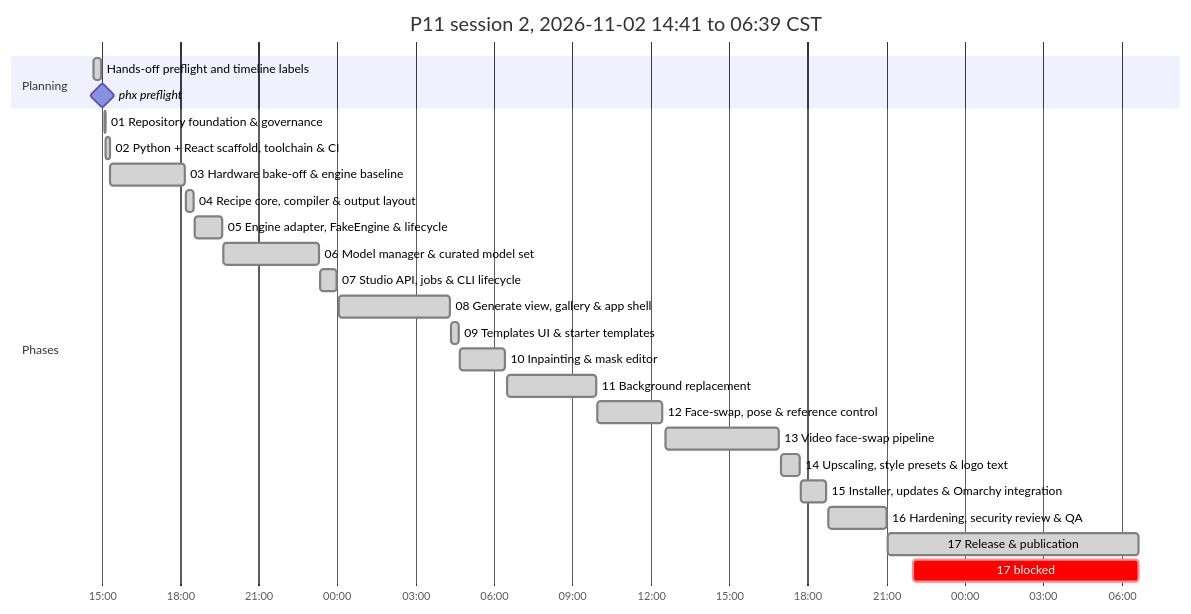
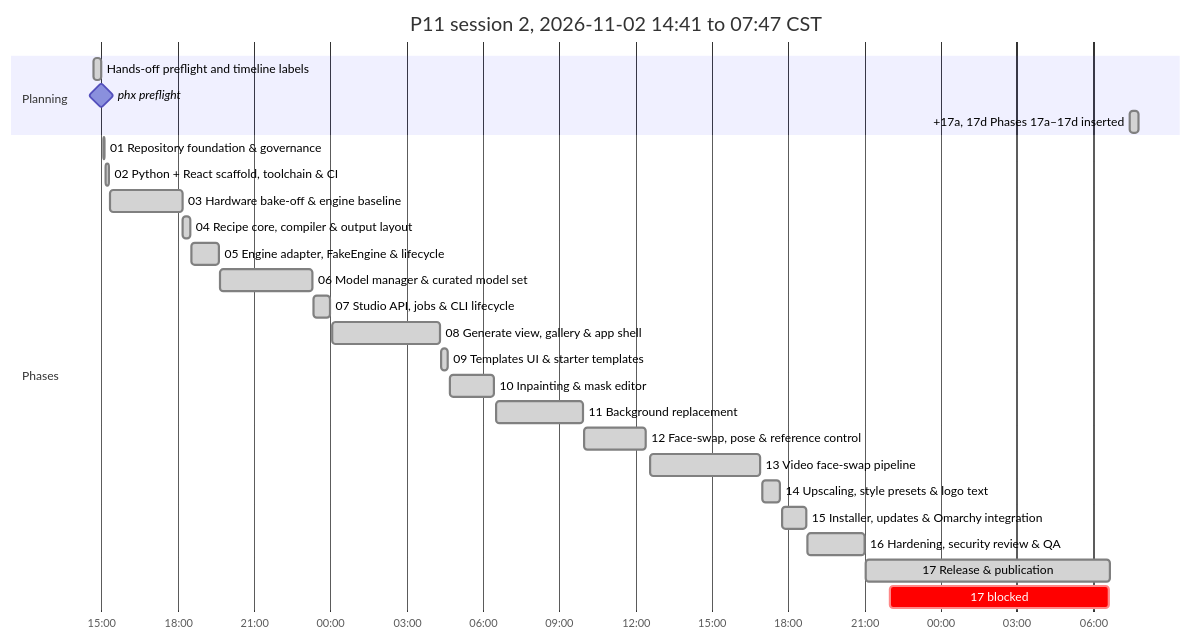
One commit to antonizick/project1111 changed the second of 2 diagrams in P11_IMPLEMENTATION_PLAN.md. Above: the diagram before and after it, drawn with Mermaid. The commit also changed other lines of this file and 7 other files, not shown here.

Commit message:
docs(plan): add phases 17a-17d (editor fixes, photo edit, P11 in OCC, release v1.0.1)

````diff
--- a/P11_IMPLEMENTATION_PLAN.md
+++ b/P11_IMPLEMENTATION_PLAN.md
@@ -74,28 +79,29 @@
 ```mermaid
 gantt
-    title P11 session 2, 2026-11-02 14:41 to 06:39 CST
+    title P11 session 2, 2026-11-02 14:41 to 07:47 CST
     dateFormat YYYY-MM-DD HH:mm
     axisFormat %H:%M
     section Planning
     Hands-off preflight and timeline labels :done, plan3, 2026-11-02 14:41, 2026-11-02 14:59
     phx preflight :milestone, pf13ee0d5, 2026-11-02 15:00, 0m
+    +17a, 17d Phases 17a–17d inserted :done, plan4, 2026-11-04 07:25, 2026-11-04 07:47
     section Phases
     01 Repository foundation & governance :done, p01s2, 2026-11-02 15:05, 2026-11-02 15:08
     02 Python + React scaffold, toolchain & CI :done, p02s2, 2026-11-02 15:09, 2026-11-02 15:18
     03 Hardware bake-off & engine baseline :done, p03s2, 2026-11-02 15:19, 2026-11-02 18:10
     04 Recipe core, compiler & output layout :done, p04s2, 2026-11-02 18:12, 2026-11-02 18:30
     05 Engine adapter, FakeEngine & lifecycle :done, p05s2, 2026-11-02 18:32, 2026-11-02 19:37
     06 Model manager & curated model set :done, p06s2, 2026-11-02 19:39, 2026-11-02 23:18
     07 Studio API, jobs & CLI lifecycle :done, p07s2, 2026-11-02 23:21, 2026-11-03 00:00
     08 Generate view, gallery & app shell :done, p08s2, 2026-11-03 00:03, 2026-11-03 04:18
     09 Templates UI & starter templates :done, p09s2, 2026-11-03 04:21, 2026-11-03 04:38
     10 Inpainting & mask editor :done, p10s2, 2026-11-03 04:41, 2026-11-03 06:25
     11 Background replacement :done, p11s2, 2026-11-03 06:31, 2026-11-03 09:55
     12 Face-swap, pose & reference control :done, p12s2, 2026-11-03 09:58, 2026-11-03 12:25
     13 Video face-swap pipeline :done, p13s2, 2026-11-03 12:34, 2026-11-03 16:54
     14 Upscaling, style presets & logo text :done, p14s2, 2026-11-03 16:58, 2026-11-03 17:41
     15 Installer, updates & Omarchy integration :done, p15s2, 2026-11-03 17:45, 2026-11-03 18:42
     16 Hardening, security review & QA :done, p16s2, 2026-11-03 18:46, 2026-11-03 21:00
     17 Release & publication :done, p17s2, 2026-11-03 21:04, 2026-11-04 06:39
     17 blocked :crit, p17w1s2, 2026-11-03 22:01, 2026-11-04 06:38
 ```
````
